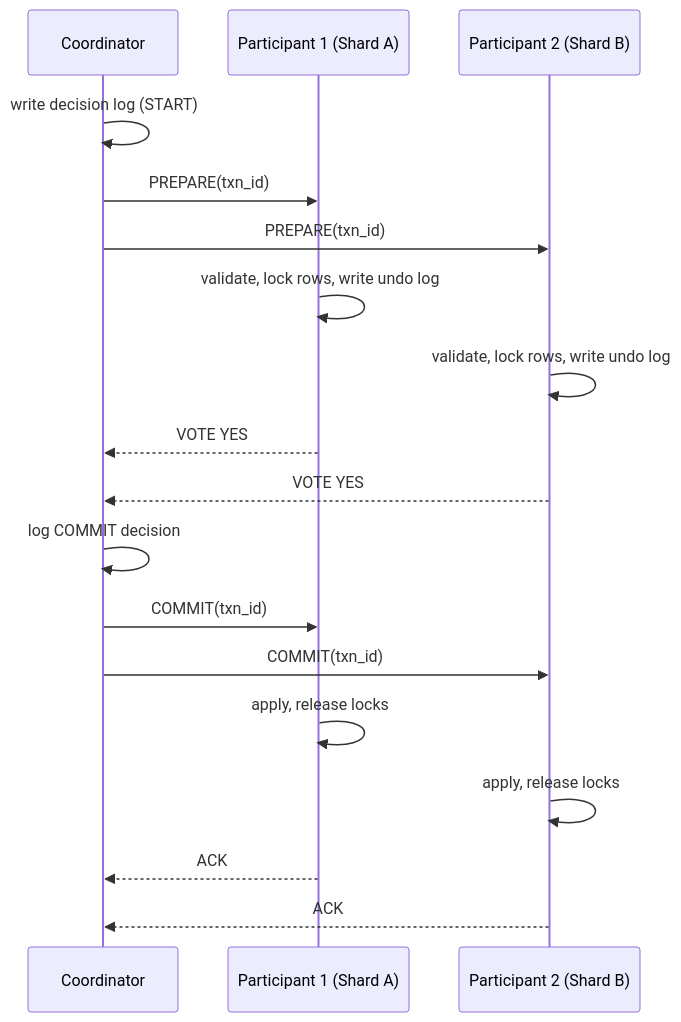
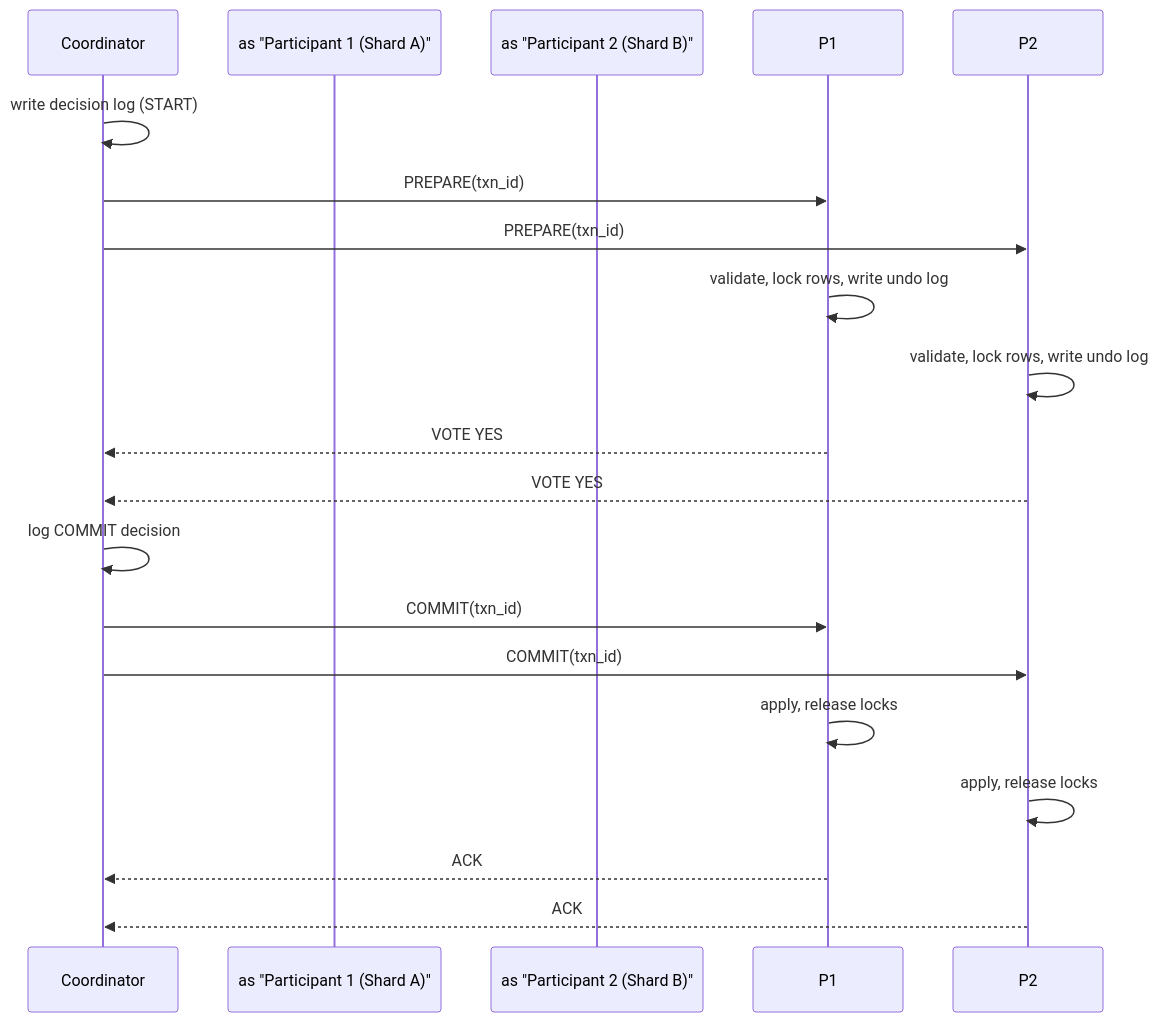
Diagram 22 of 36 in 05-distributed-databases/README.md (hareramcse/SystemDesign), drawn with Mermaid before and after one commit. The commit also changed other lines of this file and 14 other files, not shown here.

````diff
--- a/05-distributed-databases/README.md
+++ b/05-distributed-databases/README.md
@@ -1453,20 +1453,20 @@
 ```mermaid
 sequenceDiagram
     participant TC as Coordinator
-    participant P1 as Participant 1 (Shard A)
-    participant P2 as Participant 2 (Shard B)
+    participant  as "Participant 1 (Shard A)"
+    participant  as "Participant 2 (Shard B)"
     TC->>TC: write decision log (START)
     TC->>P1: PREPARE(txn_id)
     TC->>P2: PREPARE(txn_id)
     P1->>P1: validate, lock rows, write undo log
     P2->>P2: validate, lock rows, write undo log
     P1-->>TC: VOTE YES
     P2-->>TC: VOTE YES
     TC->>TC: log COMMIT decision
     TC->>P1: COMMIT(txn_id)
     TC->>P2: COMMIT(txn_id)
     P1->>P1: apply, release locks
     P2->>P2: apply, release locks
     P1-->>TC: ACK
     P2-->>TC: ACK
 ```
````
